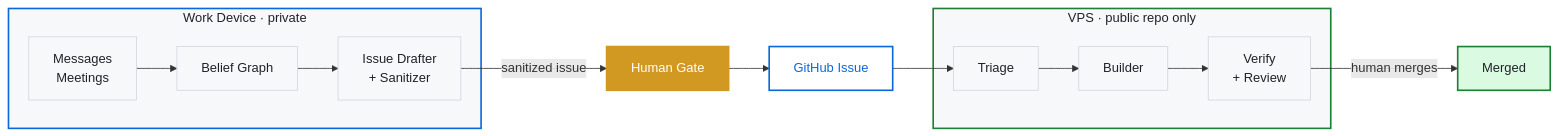
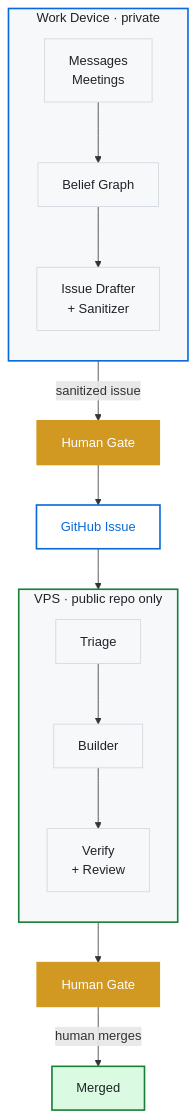
The diagram in public/data-boundary-light.mmd (Sanctum-Origo-Systems/andywidjaja.com), drawn with Mermaid before and after one commit. The commit also changed 1 other file, not shown here.

```diff
--- a/public/data-boundary-light.mmd
+++ b/public/data-boundary-light.mmd
@@ -1,27 +1,31 @@
-flowchart LR
+flowchart TB
     subgraph work["Work Device · private"]
+        direction TB
         msg["Messages\nMeetings"] --> beliefs["Belief Graph"]
         beliefs --> draft["Issue Drafter\n+ Sanitizer"]
     end
 
-    draft -->|"sanitized issue"| gate["Human Gate"]
-    gate --> issue["GitHub Issue"]
+    draft -->|"sanitized issue"| gate1["Human Gate"]
+    gate1 --> issue["GitHub Issue"]
+    issue --> triage
 
     subgraph vps["VPS · public repo only"]
+        direction TB
         triage["Triage"] --> builder["Builder"] --> verify["Verify\n+ Review"]
     end
 
-    issue --> triage
-    verify -->|"human merges"| merge["Merged"]
+    verify --> gate2["Human Gate"]
+    gate2 -->|"human merges"| merge["Merged"]
 
     style work fill:#f6f8fa,stroke:#0969da,color:#1f2328,stroke-width:2px
     style vps fill:#f6f8fa,stroke:#1a7f37,color:#1f2328,stroke-width:2px
-    style gate fill:#d29922,stroke:#d29922,color:#ffffff,stroke-width:2px
+    style gate1 fill:#d29922,stroke:#d29922,color:#ffffff,stroke-width:2px
+    style gate2 fill:#d29922,stroke:#d29922,color:#ffffff,stroke-width:2px
     style issue fill:#ffffff,stroke:#0969da,color:#0969da,stroke-width:2px
     style merge fill:#dafbe1,stroke:#1a7f37,color:#1f2328,stroke-width:2px
     style msg fill:#f6f8fa,stroke:#d0d7de,color:#1f2328
     style beliefs fill:#f6f8fa,stroke:#d0d7de,color:#1f2328
     style draft fill:#f6f8fa,stroke:#d0d7de,color:#1f2328
     style triage fill:#f6f8fa,stroke:#d0d7de,color:#1f2328
     style builder fill:#f6f8fa,stroke:#d0d7de,color:#1f2328
     style verify fill:#f6f8fa,stroke:#d0d7de,color:#1f2328
```
